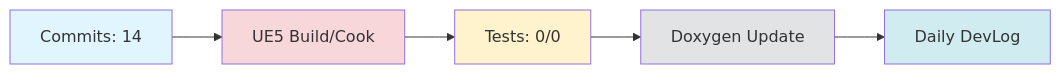
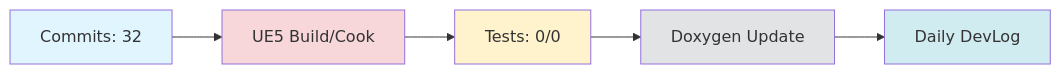
The diagram in Documents/DevLog/2025-11-09.md (doppleddiggong/YiSan), drawn with Mermaid before and after one commit. The commit also changed other lines of this file, not shown here.

````diff
--- a/Documents/DevLog/2025-11-09.md
+++ b/Documents/DevLog/2025-11-09.md
@@ -104,13 +104,13 @@
 ```mermaid
 flowchart LR
-  Dev[Commits: 14] --> Build[UE5 Build/Cook]
+  Dev[Commits: 32] --> Build[UE5 Build/Cook]
   Build --> Test[Tests: 0/0]
   Test --> Doc[Doxygen Update]
   Doc --> Daily[Daily DevLog]
 
   style Dev fill:#e1f5ff
   style Build fill:#f8d7da
   style Test fill:#fff3cd
   style Doc fill:#e2e3e5
   style Daily fill:#d1ecf1
 ```
````
